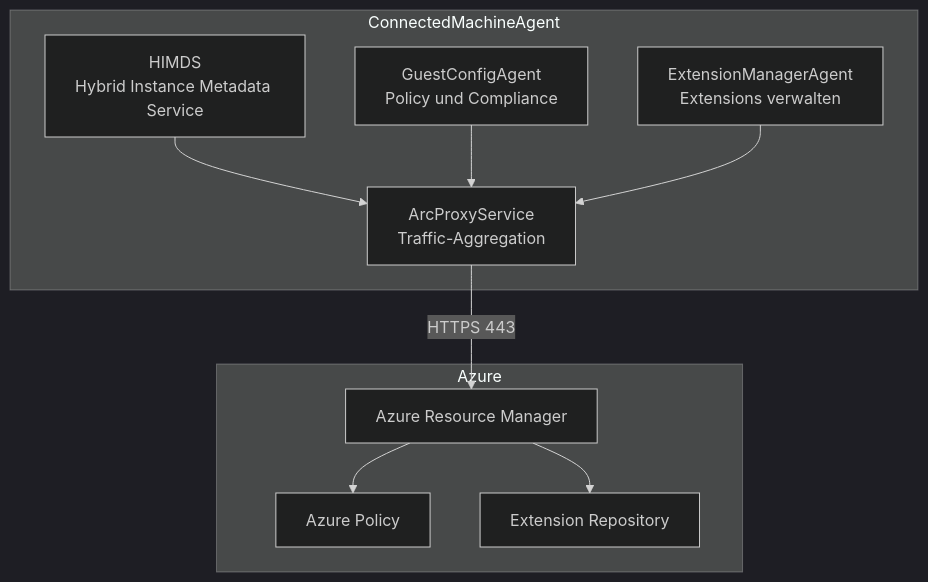
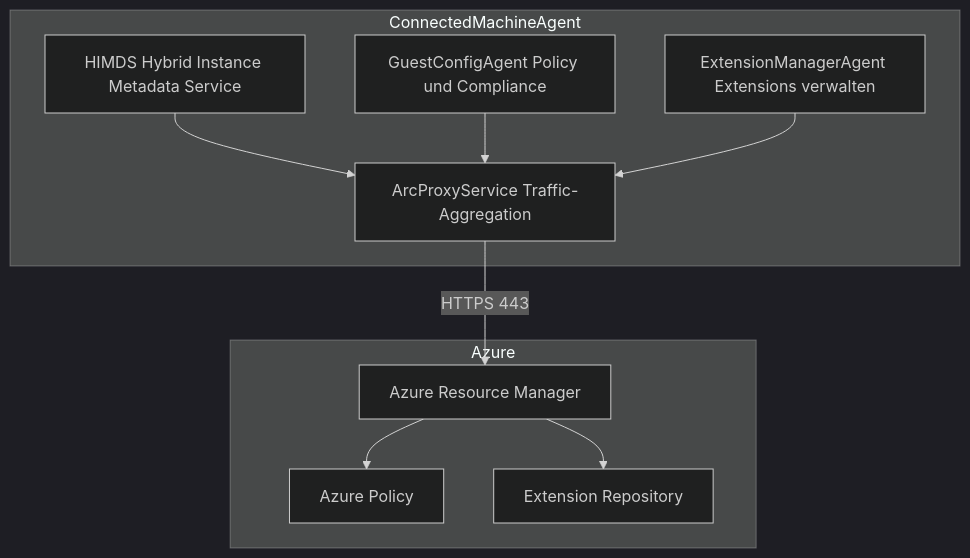
One commit to SoniiiT/notes-n-docs changed the first of 4 diagrams in Microsoft 365/Azure/Arc/Arc-fähige Server.md. Above: the diagram before and after it, drawn with Mermaid (dark theme). The commit also changed 124 other files, not shown here.

First line of the commit message:
fix: Entferne \n aus allen Mermaid-Diagrammen (125 Dateien)

````diff
--- a/Microsoft 365/Azure/Arc/Arc-fähige Server.md
+++ b/Microsoft 365/Azure/Arc/Arc-fähige Server.md
@@ -70,22 +70,22 @@
 ```mermaid
 graph TD
     subgraph ConnectedMachineAgent
-        HIMDS[HIMDS\nHybrid Instance Metadata Service]
-        GC[GuestConfigAgent\nPolicy und Compliance]
-        EXT[ExtensionManagerAgent\nExtensions verwalten]
-        PROXY[ArcProxyService\nTraffic-Aggregation]
+        HIMDS[HIMDS Hybrid Instance Metadata Service]
+        GC[GuestConfigAgent Policy und Compliance]
+        EXT[ExtensionManagerAgent Extensions verwalten]
+        PROXY[ArcProxyService Traffic-Aggregation]
     end
 
     subgraph Azure
         ARM[Azure Resource Manager]
         POLICY[Azure Policy]
         EXTREPO[Extension Repository]
     end
 
     HIMDS --> PROXY
     GC --> PROXY
     EXT --> PROXY
     PROXY -->|HTTPS 443| ARM
     ARM --> POLICY
     ARM --> EXTREPO
 ```
````
